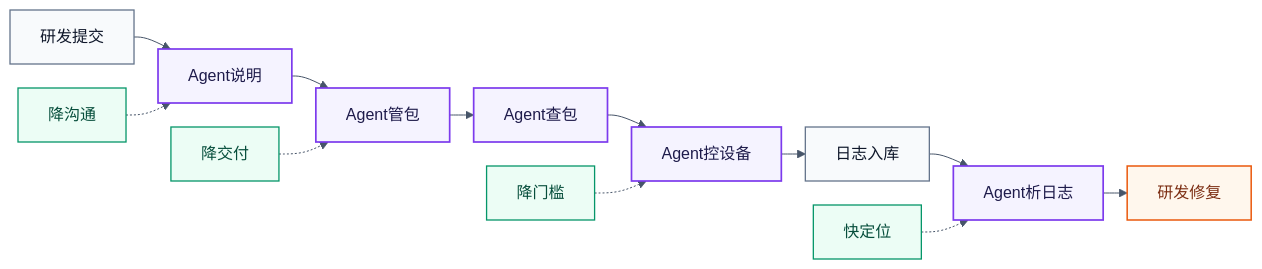
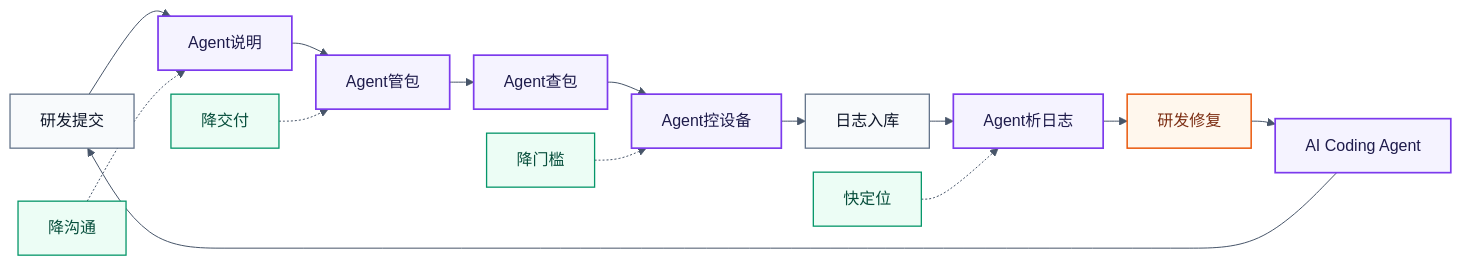
Before and after one commit to visiontrail/RavenAI: the second of 4 diagrams in README.zh.md, drawn with Mermaid. The commit also changed other lines of this file, not shown here.

Commit message:
chore: update flowcharts to include AI Coding Agent and enhance clarity in README files

````diff
--- a/README.zh.md
+++ b/README.zh.md
@@ -55,28 +56,30 @@
 ```mermaid
 %%{init: {"theme": "base", "flowchart": {"htmlLabels": true, "nodeSpacing": 24, "rankSpacing": 24, "curve": "basis"}, "themeVariables": {"fontFamily": "Arial, Microsoft YaHei", "primaryTextColor": "#0F172A", "lineColor": "#475569"}}}%%
 
 flowchart LR
 
 A["研发提交"] --> B["Agent说明"]
 B --> C["Agent管包"]
 C --> D["Agent查包"]
 D --> E["Agent控设备"]
 E --> F["日志入库"]
 F --> G["Agent析日志"]
 G --> H["研发修复"]
+H --> I["AI Coding Agent"]
+I --> A
 
 V1["降沟通"] -.-> B
 V2["降交付"] -.-> C
 V3["降门槛"] -.-> E
 V4["快定位"] -.-> G
 
 classDef normal fill:#F8FAFC,stroke:#64748B,stroke-width:1.3px,color:#0F172A;
 classDef agent fill:#F5F3FF,stroke:#7C3AED,stroke-width:1.7px,color:#1E1B4B;
 classDef value fill:#ECFDF5,stroke:#059669,stroke-width:1.3px,color:#064E3B;
 classDef repair fill:#FFF7ED,stroke:#EA580C,stroke-width:1.5px,color:#7C2D12;
 
 class A,F normal;
-class B,C,D,E,G agent;
-class V1,V2,V3,V4 value;
+class B,C,D,E,G,I agent;
+class V1,V2,V3,V4,V5 value;
 class H repair;
 ```
````
